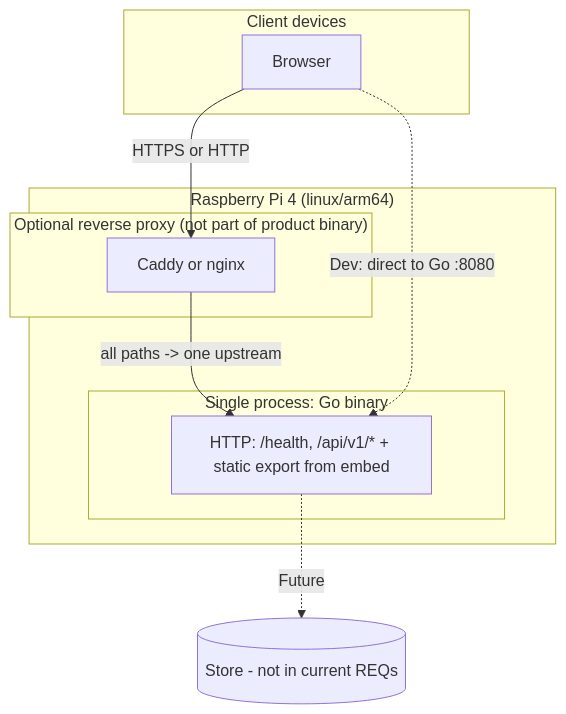
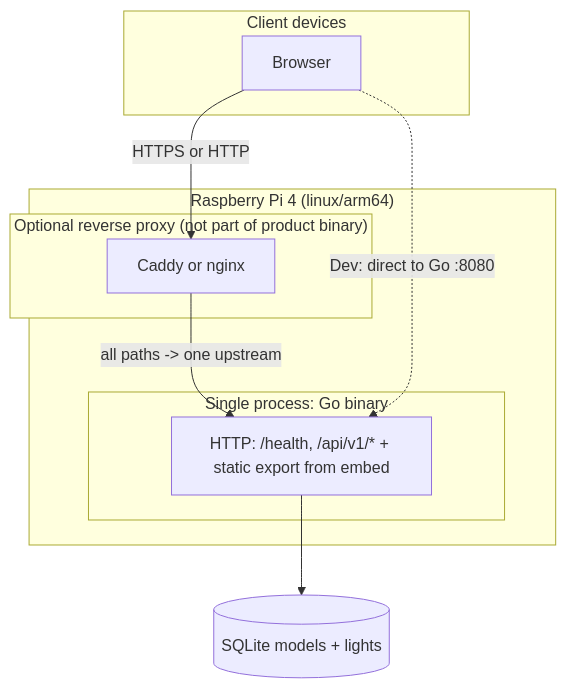
One commit to mudged/dlm changed the first of 5 diagrams in docs/architecture.md. Above: the diagram before and after it, drawn with Mermaid. The commit also changed other lines of this file and 2 other files, not shown here.

First line of the commit message:
docs: add wire light model requirements, acceptance criteria, and architecture

````diff
--- a/docs/architecture.md
+++ b/docs/architecture.md
@@ -176,20 +224,20 @@
 ```mermaid
 flowchart TB
   subgraph client["Client devices"]
     B[Browser]
   end
 
   subgraph pi["Raspberry Pi 4 (linux/arm64)"]
     subgraph edge["Optional reverse proxy (not part of product binary)"]
       P[Caddy or nginx]
     end
     subgraph app["Single process: Go binary"]
       G["HTTP: /health, /api/v1/* + static export from embed"]
     end
   end
 
   B -->|"HTTPS or HTTP"| P
   P -->|"all paths -> one upstream"| G
   B -.->|"Dev: direct to Go :8080"| G
-  G -.->|"Future"| DB[(Store - not in current REQs)]
+  G --> DB[(SQLite models + lights)]
 ```
````
